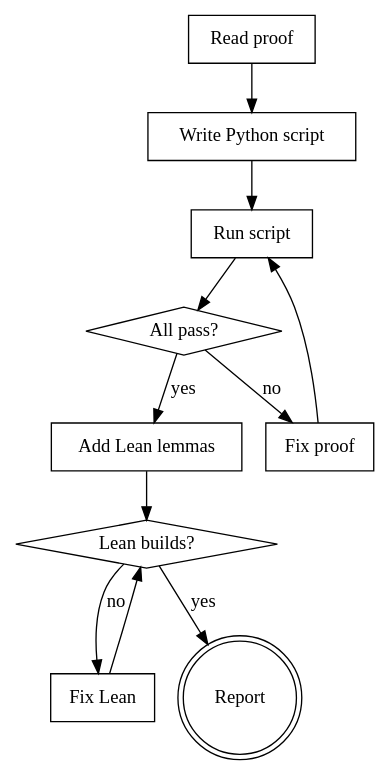
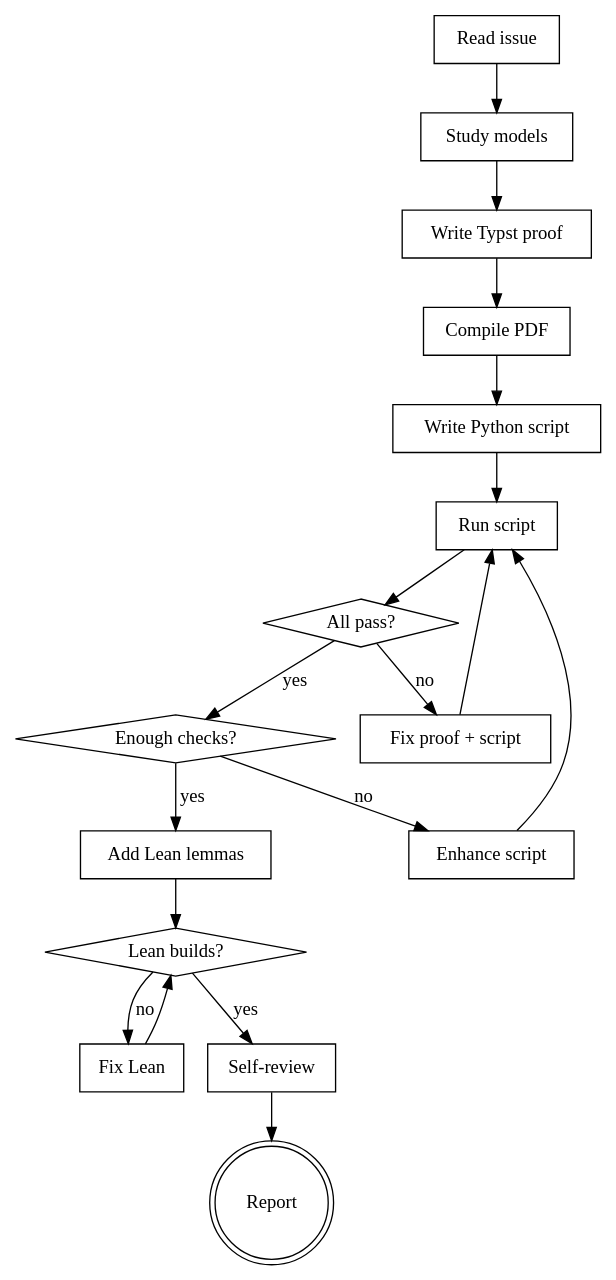
Before and after one commit to CodingThrust/problem-reductions: the diagram in .claude/skills/verify-reduction/SKILL.md, drawn with Graphviz. The commit also changed other lines of this file, not shown here.

````diff
--- a/.claude/skills/verify-reduction/SKILL.md
+++ b/.claude/skills/verify-reduction/SKILL.md
@@ -20,24 +20,38 @@
 ```dot
 digraph verify {
-    "Read proof" [shape=box];
+    rankdir=TB;
+    "Read issue" [shape=box];
+    "Study models" [shape=box];
+    "Write Typst proof" [shape=box];
+    "Compile PDF" [shape=box];
     "Write Python script" [shape=box];
     "Run script" [shape=box];
     "All pass?" [shape=diamond];
-    "Fix proof" [shape=box];
+    "Fix proof + script" [shape=box];
+    "Enough checks?" [shape=diamond];
+    "Enhance script" [shape=box];
     "Add Lean lemmas" [shape=box];
     "Lean builds?" [shape=diamond];
     "Fix Lean" [shape=box];
+    "Self-review" [shape=box];
     "Report" [shape=doublecircle];
 
-    "Read proof" -> "Write Python script";
+    "Read issue" -> "Study models";
+    "Study models" -> "Write Typst proof";
+    "Write Typst proof" -> "Compile PDF";
+    "Compile PDF" -> "Write Python script";
     "Write Python script" -> "Run script";
     "Run script" -> "All pass?";
-    "All pass?" -> "Add Lean lemmas" [label="yes"];
-    "All pass?" -> "Fix proof" [label="no"];
-    "Fix proof" -> "Run script";
+    "All pass?" -> "Enough checks?" [label="yes"];
+    "All pass?" -> "Fix proof + script" [label="no"];
+    "Fix proof + script" -> "Run script";
+    "Enough checks?" -> "Add Lean lemmas" [label="yes"];
+    "Enough checks?" -> "Enhance script" [label="no"];
+    "Enhance script" -> "Run script";
     "Add Lean lemmas" -> "Lean builds?";
-    "Lean builds?" -> "Report" [label="yes"];
+    "Lean builds?" -> "Self-review" [label="yes"];
     "Lean builds?" -> "Fix Lean" [label="no"];
     "Fix Lean" -> "Lean builds?";
+    "Self-review" -> "Report";
 }
 ```
````
